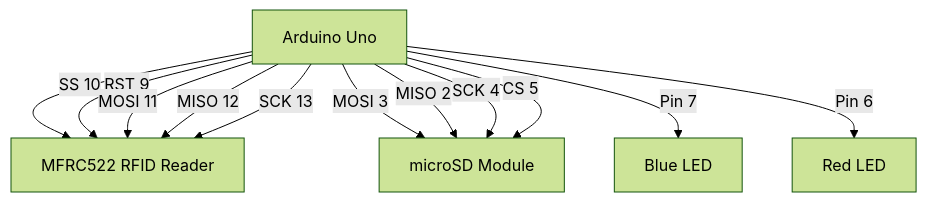
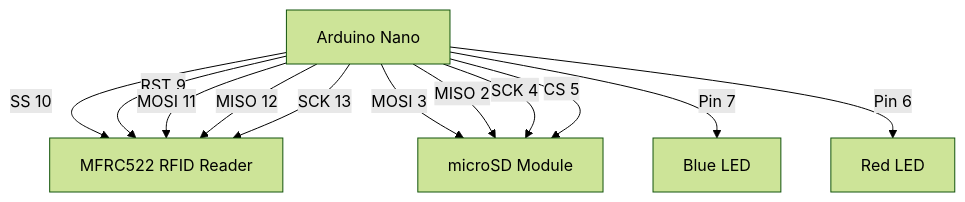
The diagram in docs/wiring.md (Rafitata10/arduino-rfid-porterillo), drawn with Mermaid (forest theme) before and after one commit.

Commit message:
Change Arduino model from Uno to Nano in wiring docs

````diff
--- a/docs/wiring.md
+++ b/docs/wiring.md
@@ -3,25 +3,25 @@
 ```mermaid
 graph TD
 
-Arduino[Arduino Uno]
+Arduino[Arduino Nano]
 
 RC522[MFRC522 RFID Reader]
 SD[microSD Module]
 
 LED1[Blue LED]
 LED2[Red LED]
 
 Arduino -->|SS 10| RC522
 Arduino -->|RST 9| RC522
 Arduino -->|MOSI 11| RC522
 Arduino -->|MISO 12| RC522
 Arduino -->|SCK 13| RC522
 
 Arduino -->|MOSI 3| SD
 Arduino -->|MISO 2| SD
 Arduino -->|SCK 4| SD
 Arduino -->|CS 5| SD
 
 Arduino -->|Pin 7| LED1
 Arduino -->|Pin 6| LED2
 ```
````
